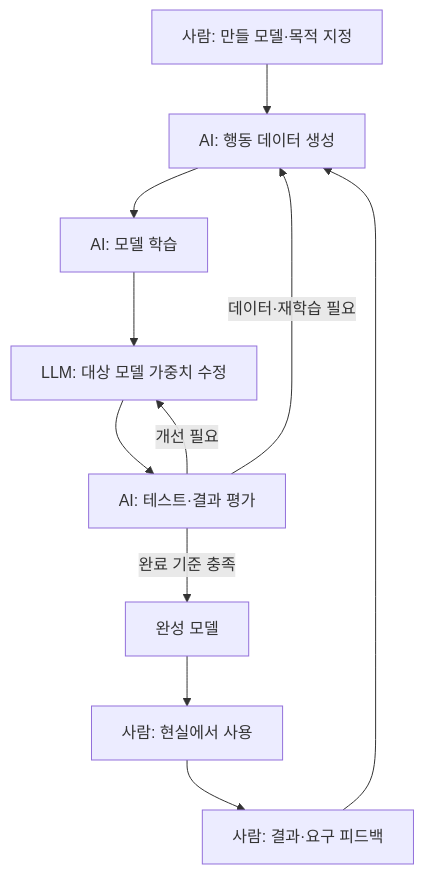
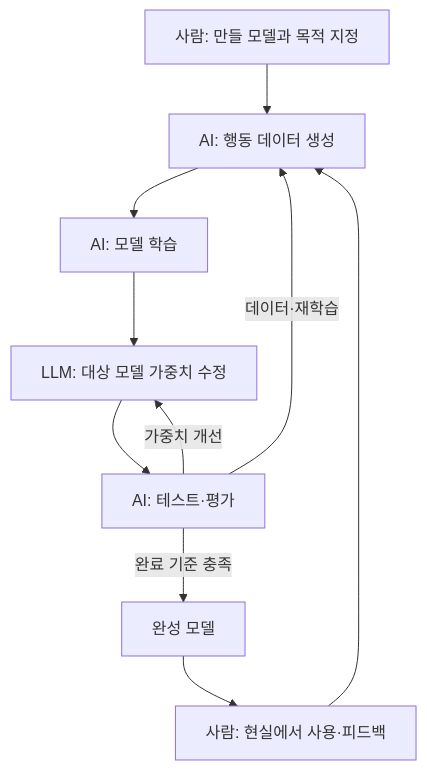
Before and after one commit to dreaminglizard/llm-driven-robot-policy-learning: the diagram in README.md, drawn with Mermaid. The commit also changed other lines of this file, not shown here.

````diff
--- a/README.md
+++ b/README.md
@@ -19,13 +15,12 @@
 ```mermaid
 flowchart TD
-    H["사람: 만들 모델·목적 지정"] --> D["AI: 행동 데이터 생성"]
+    H["사람: 만들 모델과 목적 지정"] --> D["AI: 행동 데이터 생성"]
     D --> T["AI: 모델 학습"]
     T --> W["LLM: 대상 모델 가중치 수정"]
-    W --> E["AI: 테스트·결과 평가"]
-    E -->|"개선 필요"| W
-    E -->|"데이터·재학습 필요"| D
+    W --> E["AI: 테스트·평가"]
+    E -->|"가중치 개선"| W
+    E -->|"데이터·재학습"| D
     E -->|"완료 기준 충족"| M["완성 모델"]
-    M --> U["사람: 현실에서 사용"]
-    U --> F["사람: 결과·요구 피드백"]
-    F --> D
+    M --> U["사람: 현실에서 사용·피드백"]
+    U --> D
 ```
````
